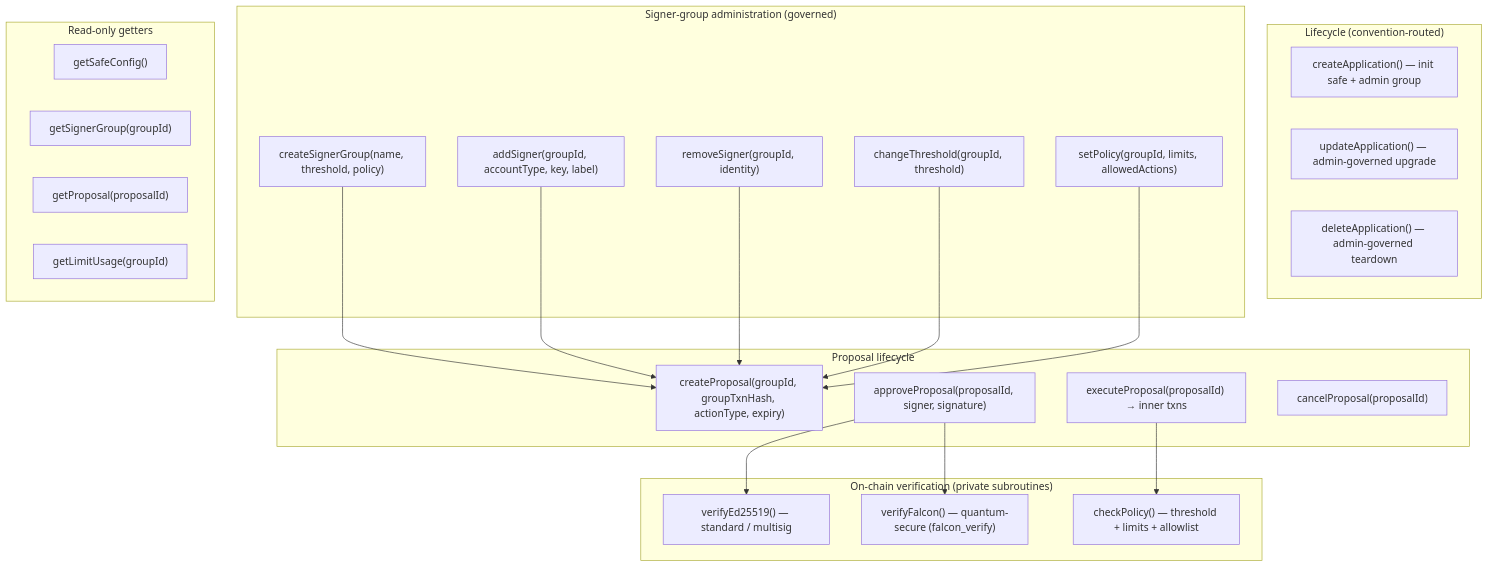
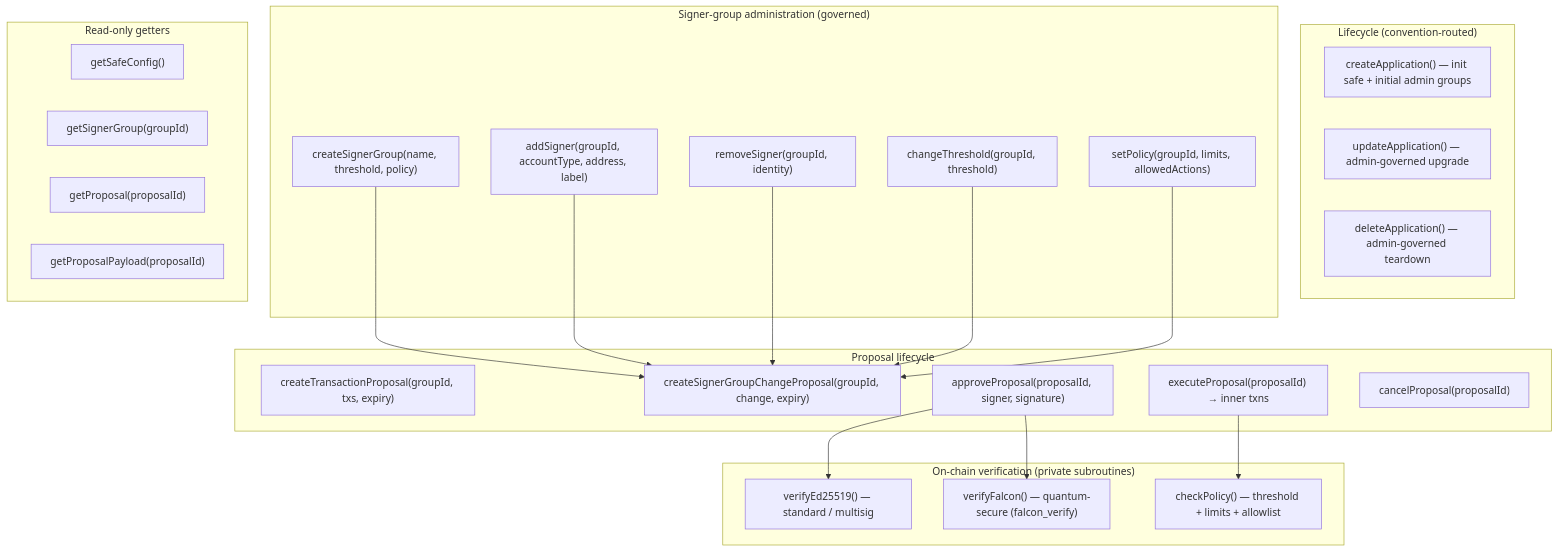
The third of 5 diagrams in PRODUCT-DESCRIPTION.md (ludovit-scholtz/algo-safe), drawn with Mermaid before and after one commit. The commit also changed other lines of this file, not shown here.

Commit message:
Enhance PRODUCT-DESCRIPTION.md with detailed explanations of transaction clarity, signer group changes, and proposal execution flow for improved user understanding.

````diff
--- a/PRODUCT-DESCRIPTION.md
+++ b/PRODUCT-DESCRIPTION.md
@@ -399,45 +458,46 @@
 ```mermaid
 flowchart TB
     subgraph Lifecycle["Lifecycle (convention-routed)"]
-        C1["createApplication() — init safe + admin group"]
+        C1["createApplication() — init safe + initial admin groups"]
         C2["updateApplication() — admin-governed upgrade"]
         C3["deleteApplication() — admin-governed teardown"]
     end
 
     subgraph Admin["Signer-group administration (governed)"]
         A1["createSignerGroup(name, threshold, policy)"]
-        A2["addSigner(groupId, accountType, key, label)"]
+        A2["addSigner(groupId, accountType, address, label)"]
         A3["removeSigner(groupId, identity)"]
         A4["changeThreshold(groupId, threshold)"]
         A5["setPolicy(groupId, limits, allowedActions)"]
     end
 
     subgraph Proposals["Proposal lifecycle"]
-        P1["createProposal(groupId, groupTxnHash, actionType, expiry)"]
+        P1["createTransactionProposal(groupId, txs, expiry)"]
+        P1A["createSignerGroupChangeProposal(groupId, change, expiry)"]
         P2["approveProposal(proposalId, signer, signature)"]
         P3["executeProposal(proposalId) → inner txns"]
         P4["cancelProposal(proposalId)"]
     end
 
     subgraph Verify["On-chain verification (private subroutines)"]
         V1["verifyEd25519() — standard / multisig"]
         V2["verifyFalcon() — quantum-secure (falcon_verify)"]
         V3["checkPolicy() — threshold + limits + allowlist"]
     end
 
     subgraph Reads["Read-only getters"]
         R1["getSafeConfig()"]
         R2["getSignerGroup(groupId)"]
         R3["getProposal(proposalId)"]
-        R4["getLimitUsage(groupId)"]
+        R4["getProposalPayload(proposalId)"]
     end
 
     P2 --> V1
     P2 --> V2
     P3 --> V3
-    A1 --> P1
-    A2 --> P1
-    A3 --> P1
-    A4 --> P1
-    A5 --> P1
+    A1 --> P1A
+    A2 --> P1A
+    A3 --> P1A
+    A4 --> P1A
+    A5 --> P1A
 ```
````
